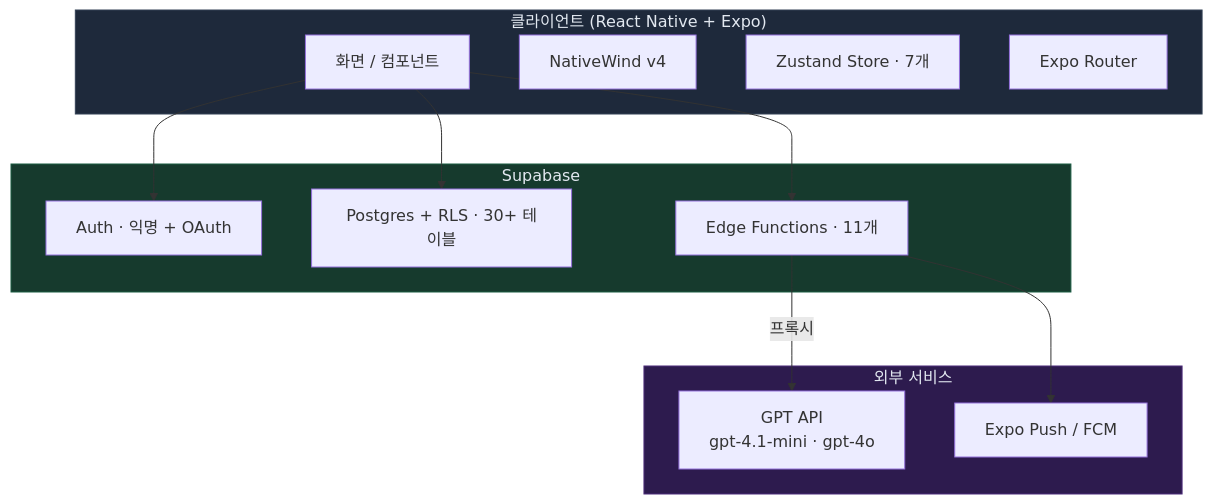
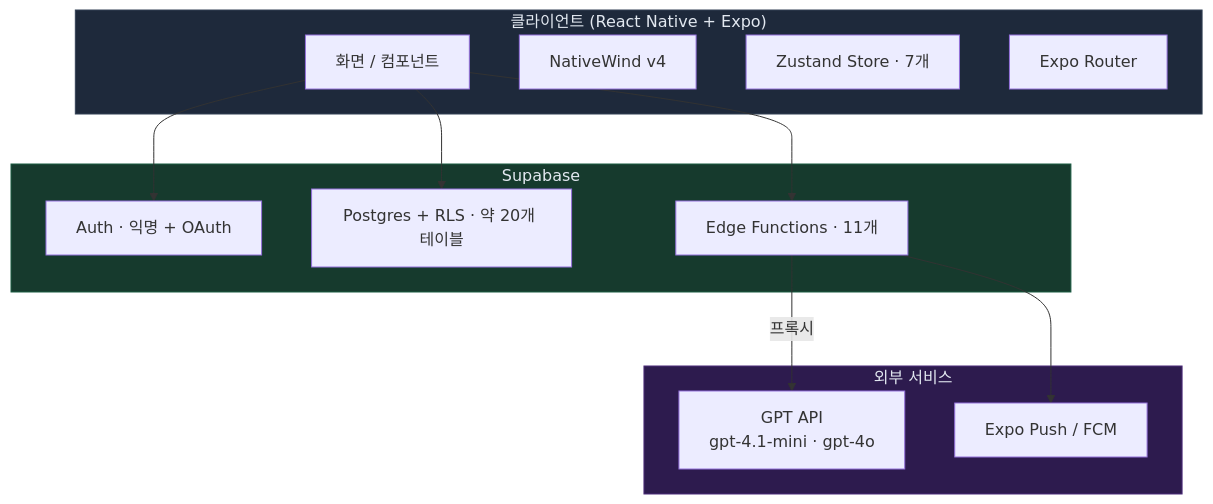
Before and after one commit to lmw1663/Reason-afterThatDay: the diagram in docs/guide/02-tech-and-architecture.md, drawn with Mermaid. The commit also changed other lines of this file and 2 other files, not shown here.

Commit message:
마이그레이션·테이블 갯수 표기 정정 — "30+개" 부정확 → 실제 SQL 29개·테이블 약 20개
검증 중 발견: docs/guide/02·04, STUDY_GUIDE.md에서 "30+개"로 적었으나
실제 마이그레이션 SQL 29개 (001~031 중 004·021 결번) / 테이블 약 20개.

````diff
--- a/docs/guide/02-tech-and-architecture.md
+++ b/docs/guide/02-tech-and-architecture.md
@@ -5,30 +5,30 @@
 ```mermaid
 graph TB
   subgraph Client["클라이언트 (React Native + Expo)"]
     UI[화면 / 컴포넌트]
     NW[NativeWind v4]
     ZS[Zustand Store · 7개]
     RN[Expo Router]
   end
 
   subgraph Supabase["Supabase"]
     Auth[Auth · 익명 + OAuth]
-    DB[Postgres + RLS · 30+ 테이블]
+    DB[Postgres + RLS · 약 20개 테이블]
     EF[Edge Functions · 11개]
   end
 
   subgraph External["외부 서비스"]
     GPT[GPT API\ngpt-4.1-mini · gpt-4o]
     Push[Expo Push / FCM]
   end
 
   UI --> Auth
   UI --> DB
   UI --> EF
   EF -->|프록시| GPT
   EF --> Push
 
   style Client fill:#1e293b,stroke:#334155,color:#e2e8f0
   style Supabase fill:#163a2d,stroke:#1a5c42,color:#e2e8f0
   style External fill:#2d1b4e,stroke:#4c2d7a,color:#e2e8f0
 ```
````
